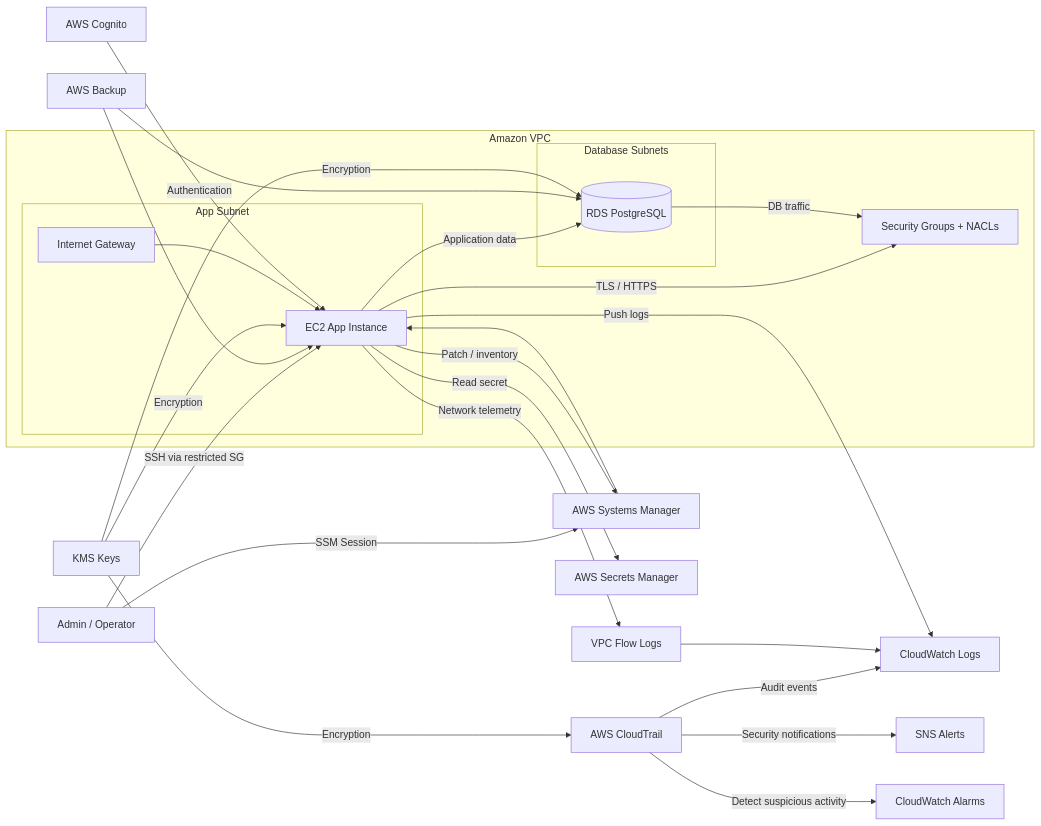
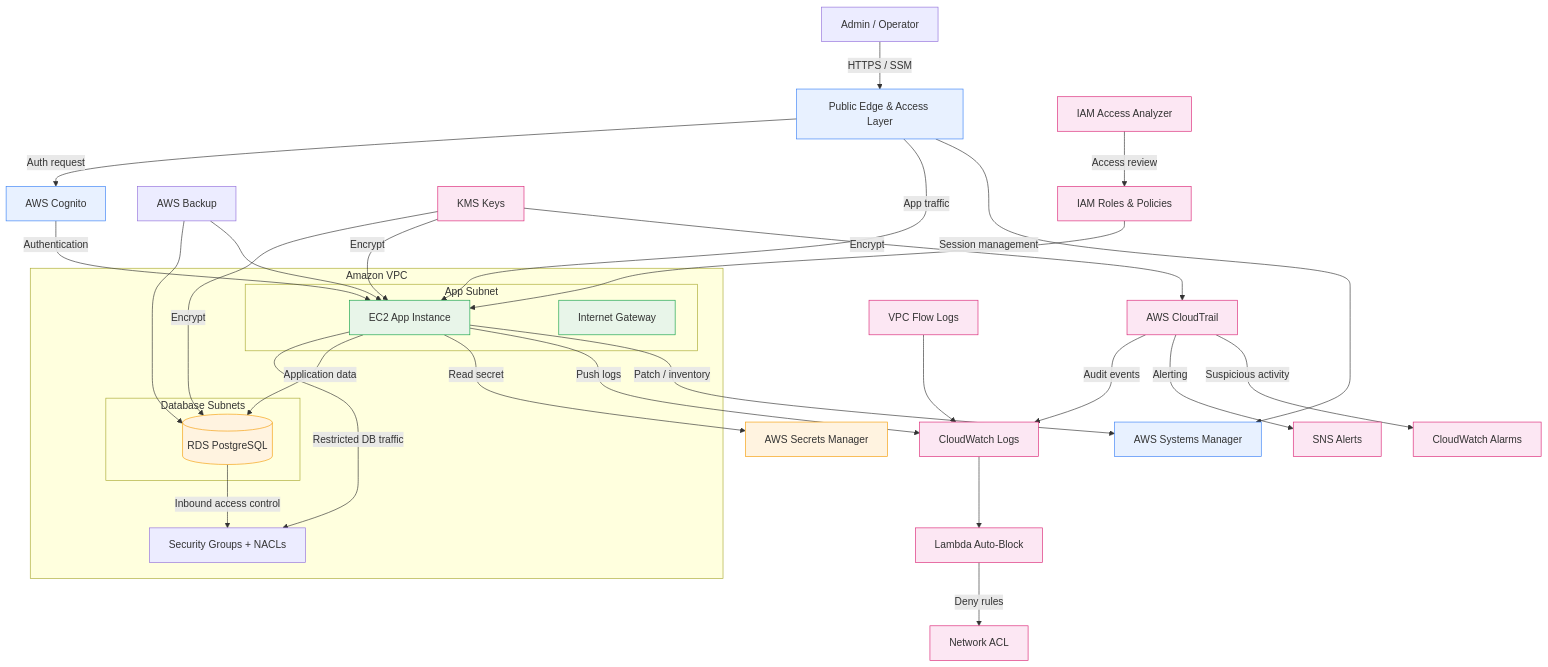
One commit to VladvonTranssylvanien/learningsteps-lockdown-on-AWS changed the diagram in terraform/README.md. Above: the diagram before and after it, drawn with Mermaid. The commit also changed other lines of this file, not shown here.

Commit message:
Refresh README with architecture overview and AWS security analysis

````diff
--- a/terraform/README.md
+++ b/terraform/README.md
@@ -33,41 +35,55 @@
 ```mermaid
-flowchart LR
-    User[Admin / Operator] -->|SSH via restricted SG| EC2[EC2 App Instance]
-    User -->|SSM Session| SSM[AWS Systems Manager]
-    SSM --> EC2
+flowchart TB
+    User[Admin / Operator] -->|HTTPS / SSM| Edge[Public Edge & Access Layer]
+    Edge -->|Auth request| Cognito[AWS Cognito]
+    Edge -->|App traffic| EC2[EC2 App Instance]
+    Edge -->|Session management| SSM[AWS Systems Manager]
 
     subgraph VPC[Amazon VPC]
-        subgraph APPSubnet[App Subnet]
+        subgraph AppSubnet[App Subnet]
             EC2
             GW[Internet Gateway]
         end
 
         subgraph DBSubnet[Database Subnets]
             RDS[(RDS PostgreSQL)]
         end
 
         SG[Security Groups + NACLs]
-        EC2 -->|TLS / HTTPS| SG
-        RDS -->|DB traffic| SG
+        EC2 -->|Restricted DB traffic| SG
+        RDS -->|Inbound access control| SG
     end
 
     EC2 -->|Application data| RDS
     EC2 -->|Read secret| SM[AWS Secrets Manager]
     EC2 -->|Push logs| CW[CloudWatch Logs]
     EC2 -->|Patch / inventory| SSM
 
     CT[AWS CloudTrail] -->|Audit events| CW
-    CT -->|Security notifications| SNS[SNS Alerts]
-    CT -->|Detect suspicious activity| ALM[CloudWatch Alarms]
+    CT -->|Alerting| SNS[SNS Alerts]
+    CT -->|Suspicious activity| ALM[CloudWatch Alarms]
 
     FL[VPC Flow Logs] --> CW
+    Lambda[Lambda Auto-Block] -->|Deny rules| NACL[Network ACL]
+    CW --> Lambda
     Backup[AWS Backup] --> RDS
     Backup --> EC2
-    KMS[KMS Keys] -->|Encryption| RDS
-    KMS -->|Encryption| EC2
-    KMS -->|Encryption| CT
 
-    EC2 -->|Network telemetry| FL
-    GW --> EC2
-    Cognito[AWS Cognito] -->|Authentication| EC2
+    KMS[KMS Keys] -->|Encrypt| RDS
+    KMS -->|Encrypt| EC2
+    KMS -->|Encrypt| CT
+
+    AccessAnalyzer[IAM Access Analyzer] -->|Access review| IAM[IAM Roles & Policies]
+    IAM --> EC2
+    Cognito -->|Authentication| EC2
+
+    classDef edge fill:#e8f1ff,stroke:#3b82f6,stroke-width:1px;
+    classDef app fill:#e8f5e9,stroke:#16a34a,stroke-width:1px;
+    classDef data fill:#fff3e0,stroke:#f59e0b,stroke-width:1px;
+    classDef sec fill:#fce7f3,stroke:#db2777,stroke-width:1px;
+
+    class Edge,SSM,Cognito edge;
+    class EC2,GW app;
+    class RDS,SM data;
+    class CT,CW,SNS,ALM,FL,Lambda,NACL,KMS,AccessAnalyzer,IAM sec;
 ```
````
